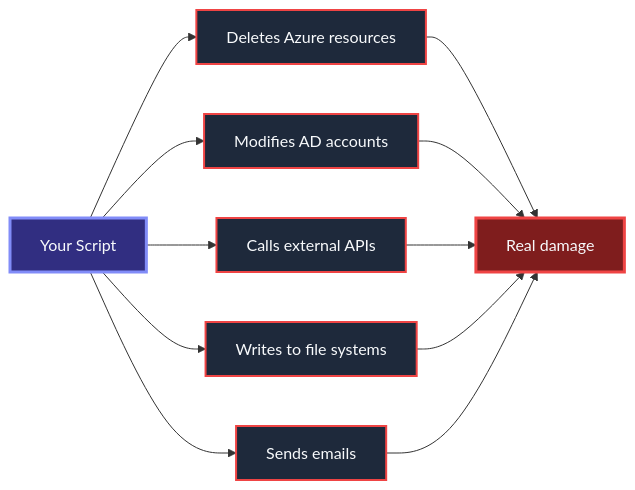
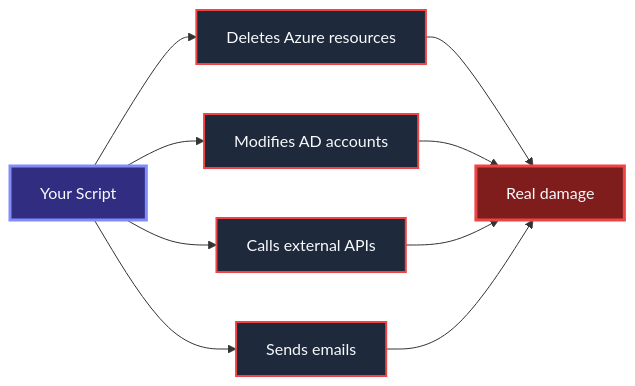
The first of 4 diagrams in Pester-Delivery/Day-1/Modules/03. Mocking-and-Test-Isolation.md (gitpavleenbali/Pester-Workshop), drawn with Mermaid before and after one commit. The commit also changed other lines of this file and 1 other file, not shown here.

````diff
--- a/Pester-Delivery/Day-1/Modules/03. Mocking-and-Test-Isolation.md
+++ b/Pester-Delivery/Day-1/Modules/03. Mocking-and-Test-Isolation.md
@@ -10,23 +10,20 @@
 ```mermaid
 graph LR
     SCRIPT["Your Script"]
     SCRIPT --> AZ["Deletes Azure resources"]
     SCRIPT --> AD["Modifies AD accounts"]
     SCRIPT --> API["Calls external APIs"]
-    SCRIPT --> FS["Writes to file systems"]
     SCRIPT --> MAIL["Sends emails"]
 
     AZ --> BAD["Real damage"]
     AD --> BAD
     API --> BAD
-    FS --> BAD
     MAIL --> BAD
 
     style SCRIPT fill:#312e81,stroke:#818cf8,color:#f8fafc,stroke-width:3px
     style BAD fill:#7f1d1d,stroke:#ef4444,color:#f8fafc,stroke-width:3px
     style AZ fill:#1e293b,stroke:#ef4444,color:#f8fafc,stroke-width:2px
     style AD fill:#1e293b,stroke:#ef4444,color:#f8fafc,stroke-width:2px
     style API fill:#1e293b,stroke:#ef4444,color:#f8fafc,stroke-width:2px
-    style FS fill:#1e293b,stroke:#ef4444,color:#f8fafc,stroke-width:2px
     style MAIL fill:#1e293b,stroke:#ef4444,color:#f8fafc,stroke-width:2px
 ```
````
